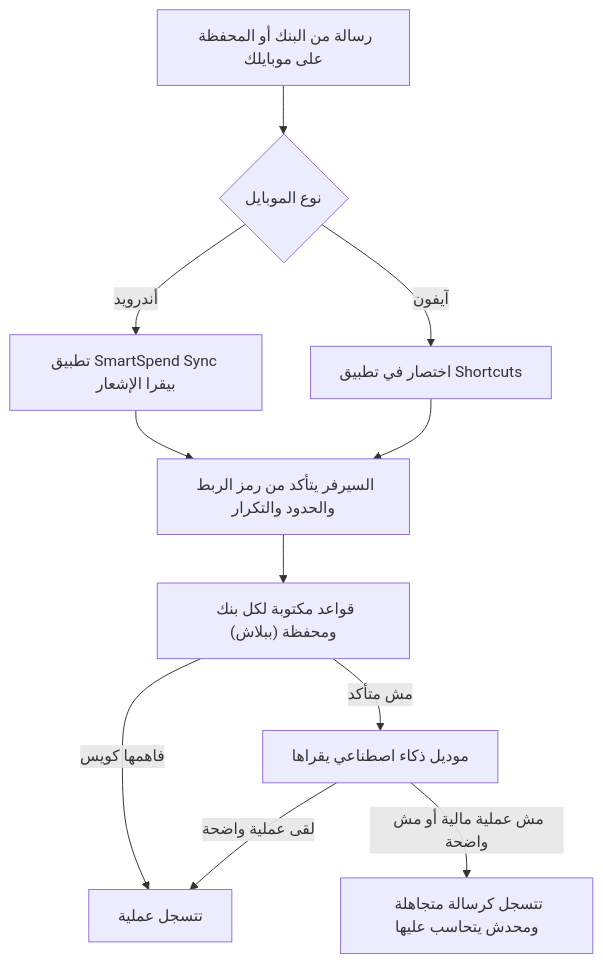
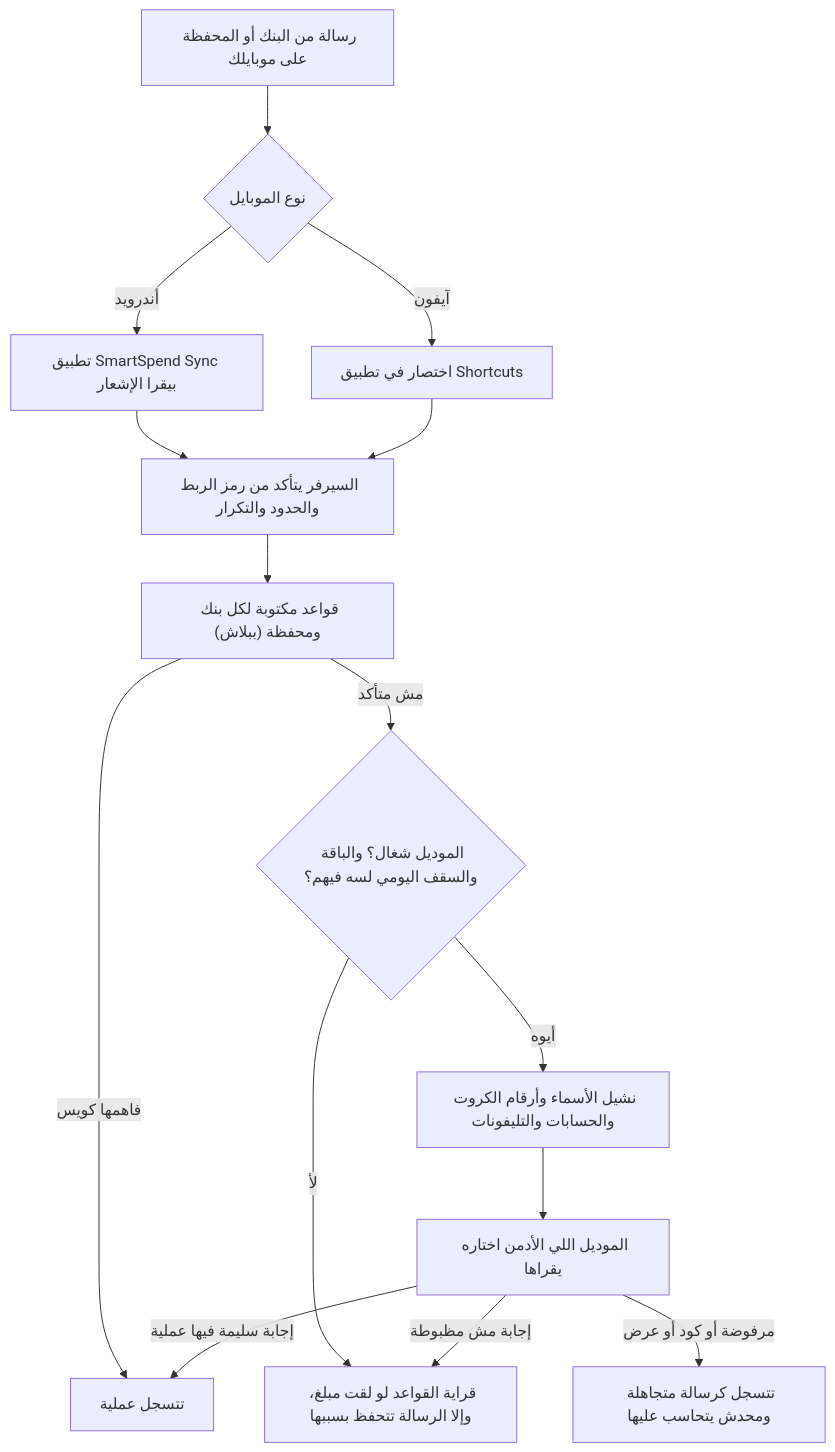
The diagram in docs/ar/systems/bank-messages.md (mahmoudtaherr111/smartspend_mini_all), drawn with Mermaid before and after one commit. The commit also changed other lines of this file and 42 other files, not shown here.

````diff
--- a/docs/ar/systems/bank-messages.md
+++ b/docs/ar/systems/bank-messages.md
@@ -12,13 +12,17 @@
 ```mermaid
 flowchart TD
   A["رسالة من البنك أو المحفظة على موبايلك"] --> B{"نوع الموبايل"}
   B -->|"أندرويد"| C["تطبيق SmartSpend Sync بيقرا الإشعار"]
   B -->|"آيفون"| D["اختصار في تطبيق Shortcuts"]
   C --> E["السيرفر يتأكد من رمز الربط والحدود والتكرار"]
   D --> E
   E --> F["قواعد مكتوبة لكل بنك ومحفظة (ببلاش)"]
   F -->|"فاهمها كويس"| H["تتسجل عملية"]
-  F -->|"مش متأكد"| G["موديل ذكاء اصطناعي يقراها"]
-  G -->|"لقى عملية واضحة"| H
-  G -->|"مش عملية مالية أو مش واضحة"| I["تتسجل كرسالة متجاهلة ومحدش يتحاسب عليها"]
+  F -->|"مش متأكد"| K{"الموديل شغال؟ والباقة والسقف اليومي لسه فيهم؟"}
+  K -->|"لأ"| L["قراية القواعد لو لقت مبلغ، وإلا الرسالة تتحفظ بسببها"]
+  K -->|"أيوه"| M["نشيل الأسماء وأرقام الكروت والحسابات والتليفونات"]
+  M --> G["الموديل اللي الأدمن اختاره يقراها"]
+  G -->|"إجابة سليمة فيها عملية"| H
+  G -->|"مرفوضة أو كود أو عرض"| I["تتسجل كرسالة متجاهلة ومحدش يتحاسب عليها"]
+  G -->|"إجابة مش مظبوطة"| L
 ```
````
